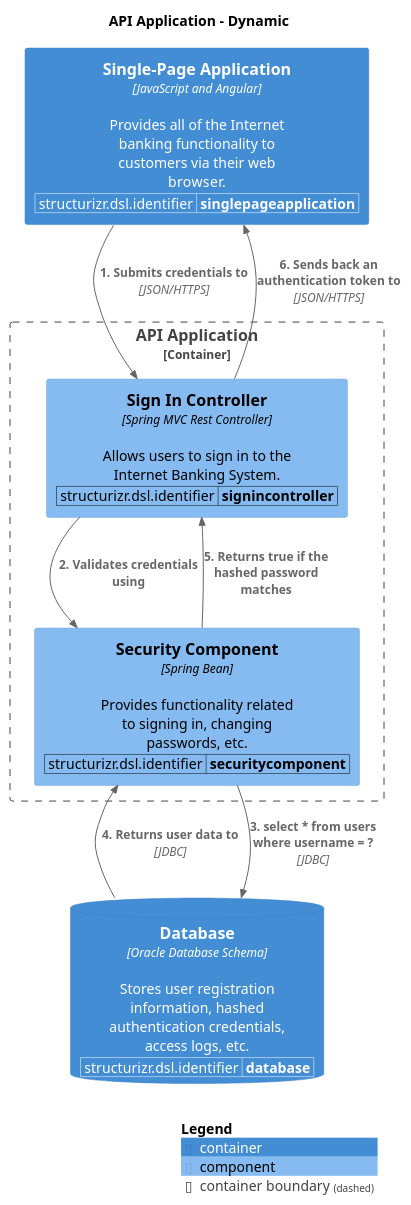
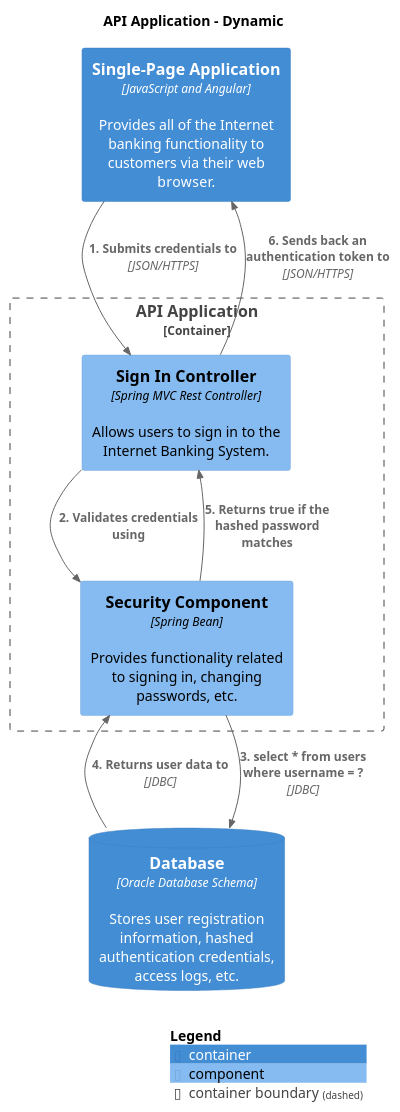
The diagram in main/puml/SignIn.puml (avisi-cloud/structurizr-site-generatr), drawn with PlantUML before and after one commit. The commit also changed 76 other files, not shown here.

```diff
--- a/main/puml/SignIn.puml
+++ b/main/puml/SignIn.puml
@@ -1,36 +1,28 @@
 @startuml
 set separator none
 title API Application - Dynamic
 
 top to bottom direction
 
 !include https://raw.githubusercontent.com/plantuml-stdlib/C4-PlantUML/master/C4.puml
 !include https://raw.githubusercontent.com/plantuml-stdlib/C4-PlantUML/master/C4_Context.puml
 !include https://raw.githubusercontent.com/plantuml-stdlib/C4-PlantUML/master/C4_Container.puml
 !include https://raw.githubusercontent.com/plantuml-stdlib/C4-PlantUML/master/C4_Component.puml
 
 Container_Boundary("InternetBankingSystem.APIApplication_boundary", "API Application", $tags="") {
-  WithoutPropertyHeader()
-  AddProperty("structurizr.dsl.identifier","signincontroller")
   Component(InternetBankingSystem.APIApplication.SignInController, "Sign In Controller", "Spring MVC Rest Controller", "Allows users to sign in to the Internet Banking System.", $tags="")
-  WithoutPropertyHeader()
-  AddProperty("structurizr.dsl.identifier","securitycomponent")
   Component(InternetBankingSystem.APIApplication.SecurityComponent, "Security Component", "Spring Bean", "Provides functionality related to signing in, changing passwords, etc.", $tags="")
 }
 
-WithoutPropertyHeader()
-AddProperty("structurizr.dsl.identifier","database")
 ContainerDb(InternetBankingSystem.Database, "Database", "Oracle Database Schema", "Stores user registration information, hashed authentication credentials, access logs, etc.", $tags="")
-WithoutPropertyHeader()
-AddProperty("structurizr.dsl.identifier","singlepageapplication")
 Container(InternetBankingSystem.SinglePageApplication, "Single-Page Application", "JavaScript and Angular", "Provides all of the Internet banking functionality to customers via their web browser.", $tags="")
 
 Rel_D(InternetBankingSystem.SinglePageApplication, InternetBankingSystem.APIApplication.SignInController, "1. Submits credentials to", "JSON/HTTPS", $tags="")
 Rel_D(InternetBankingSystem.APIApplication.SignInController, InternetBankingSystem.APIApplication.SecurityComponent, "2. Validates credentials using", $tags="")
 Rel_D(InternetBankingSystem.APIApplication.SecurityComponent, InternetBankingSystem.Database, "3. select * from users where username = ?", "JDBC", $tags="")
 Rel_D(InternetBankingSystem.Database, InternetBankingSystem.APIApplication.SecurityComponent, "4. Returns user data to", "JDBC", $tags="")
 Rel_D(InternetBankingSystem.APIApplication.SecurityComponent, InternetBankingSystem.APIApplication.SignInController, "5. Returns true if the hashed password matches", $tags="")
 Rel_D(InternetBankingSystem.APIApplication.SignInController, InternetBankingSystem.SinglePageApplication, "6. Sends back an authentication token to", "JSON/HTTPS", $tags="")
 
 SHOW_LEGEND(true)
 @enduml
```
